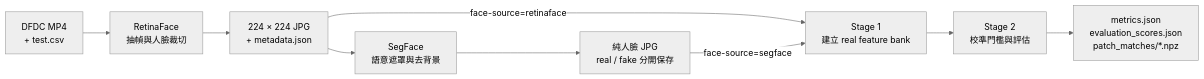
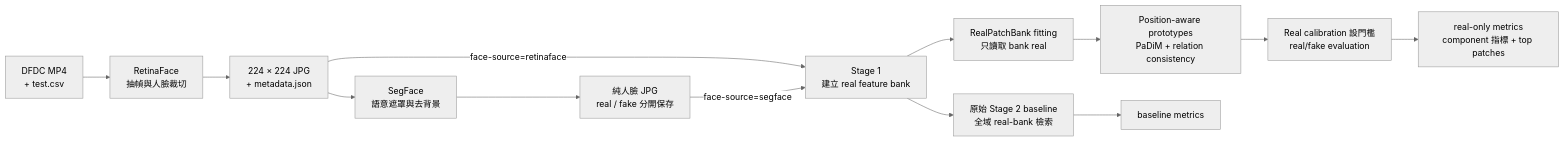
The first of 4 diagrams in README.md (IlikeBB/DeepFakeSecurity), drawn with Mermaid (neutral theme) before and after one commit. The commit also changed other lines of this file and 16 other files, not shown here.

````diff
--- a/README.md
+++ b/README.md
@@ -62,11 +98,15 @@
 ```mermaid
 flowchart LR
     A["DFDC MP4<br/>+ test.csv"] --> B["RetinaFace<br/>抽幀與人臉裁切"]
     B --> C["224 × 224 JPG<br/>+ metadata.json"]
     C -->|face-source=retinaface| F["Stage 1<br/>建立 real feature bank"]
     C --> D["SegFace<br/>語意遮罩與去背景"]
     D --> E["純人臉 JPG<br/>real / fake 分開保存"]
     E -->|face-source=segface| F
-    F --> G["Stage 2<br/>校準門檻與評估"]
-    G --> H["metrics.json<br/>evaluation_scores.json<br/>patch_matches/*.npz"]
+    F --> G["原始 Stage 2 baseline<br/>全域 real-bank 檢索"]
+    F --> H["RealPatchBank fitting<br/>只讀取 bank real"]
+    H --> I["Position-aware prototypes<br/>PaDiM + relation consistency"]
+    I --> J["Real calibration 設門檻<br/>real/fake evaluation"]
+    G --> K["baseline metrics"]
+    J --> L["real-only metrics<br/>component 指標 + top patches"]
 ```
````
